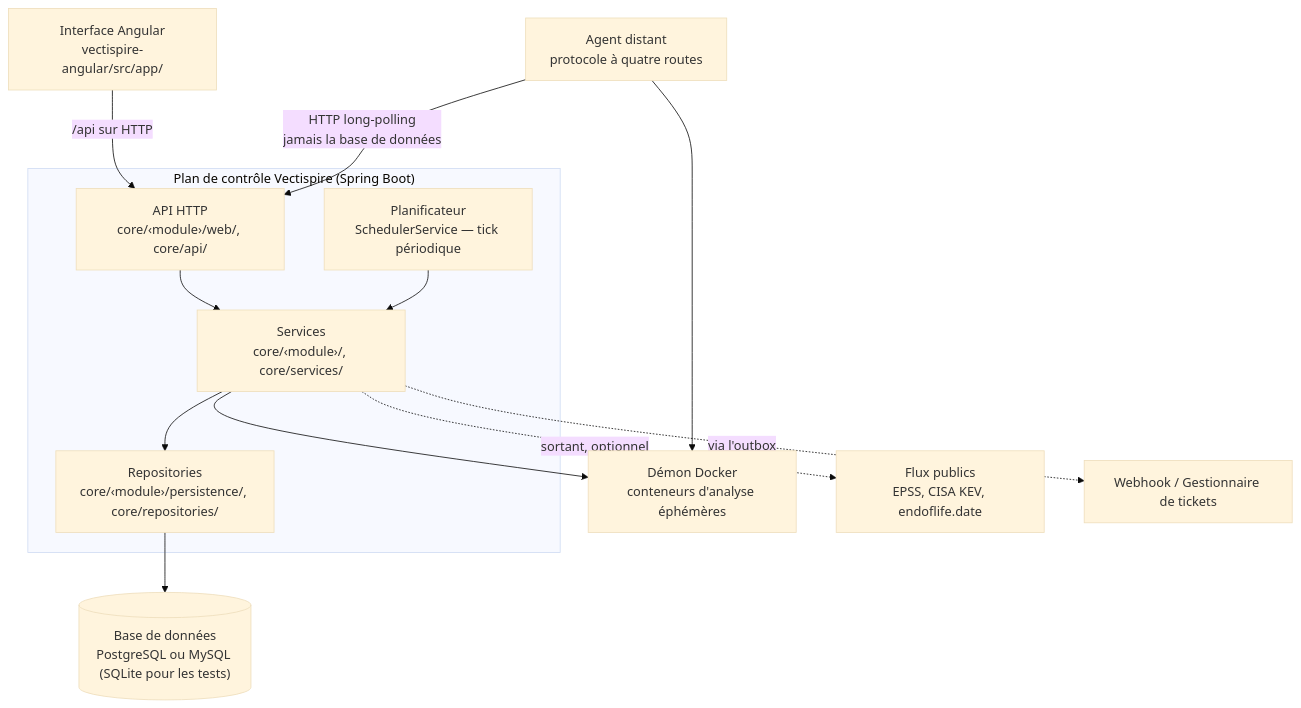
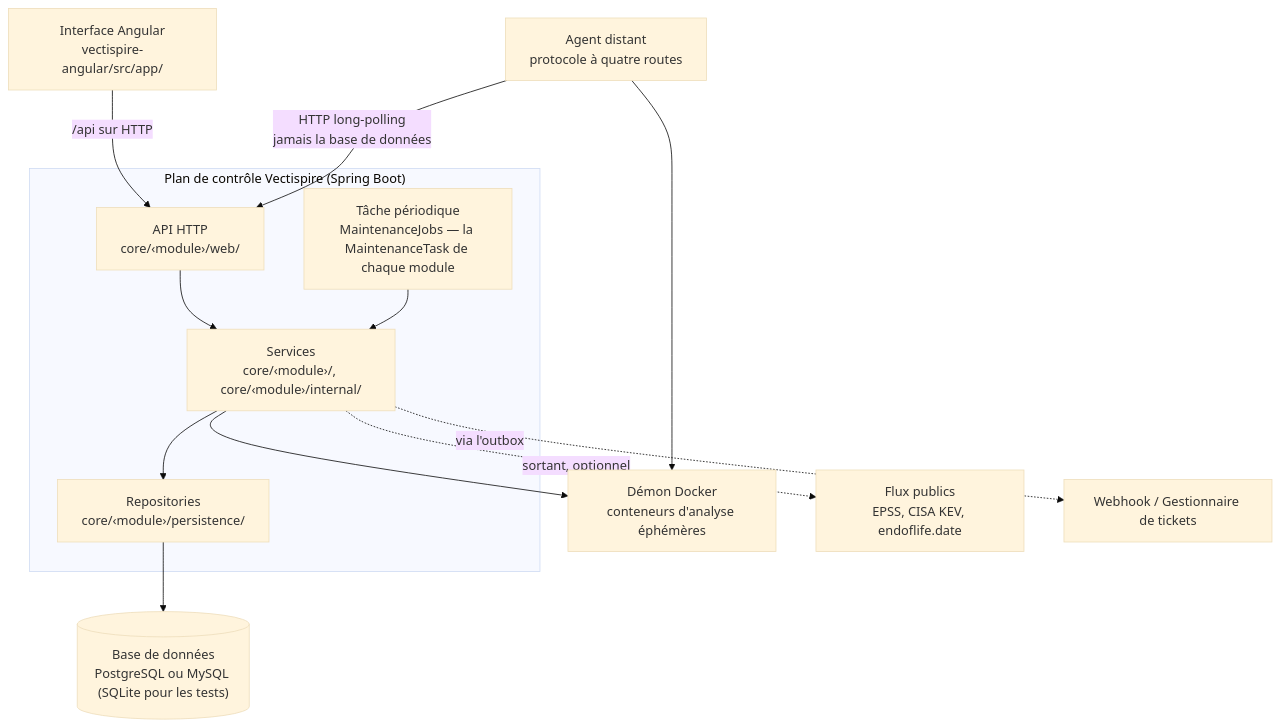
The first of 2 diagrams in docs/architecture/fr/01-overview.md (asmolabs/vectispire), drawn with Mermaid (base theme) before and after one commit. The commit also changed other lines of this file and 22 other files, not shown here.

First line of the commit message:
docs(architecture): decision 0029 and the modularity after step 5, in both languages

````diff
--- a/docs/architecture/fr/01-overview.md
+++ b/docs/architecture/fr/01-overview.md
@@ -43,27 +43,27 @@
 ```mermaid
 flowchart TB
     subgraph proc["Plan de contrôle Vectispire (Spring Boot)"]
-        API["API HTTP<br/>core/‹module›/web/, core/api/"]
-        SVC["Services<br/>core/‹module›/, core/services/"]
-        REPO["Repositories<br/>core/‹module›/persistence/, core/repositories/"]
-        SCHED["Planificateur<br/>SchedulerService — tick périodique"]
+        API["API HTTP<br/>core/‹module›/web/"]
+        SVC["Services<br/>core/‹module›/, core/‹module›/internal/"]
+        REPO["Repositories<br/>core/‹module›/persistence/"]
+        SCHED["Tâche périodique<br/>MaintenanceJobs — la MaintenanceTask de chaque module"]
     end
 
     UI["Interface Angular<br/>vectispire-angular/src/app/"]
     DB[("Base de données<br/>PostgreSQL ou MySQL (SQLite pour les tests)")]
     DOCKER["Démon Docker<br/>conteneurs d'analyse éphémères"]
     AGENT["Agent distant<br/>protocole à quatre routes"]
     FEEDS["Flux publics<br/>EPSS, CISA KEV, endoflife.date"]
     HOOK["Webhook / Gestionnaire de tickets"]
 
     UI -->|"/api sur HTTP"| API
     API --> SVC
     SCHED --> SVC
     SVC --> REPO
     REPO --> DB
     SVC --> DOCKER
     SVC -.->|"sortant, optionnel"| FEEDS
     SVC -.->|"via l'outbox"| HOOK
     AGENT -->|"HTTP long-polling<br/>jamais la base de données"| API
     AGENT --> DOCKER
 ```
````
